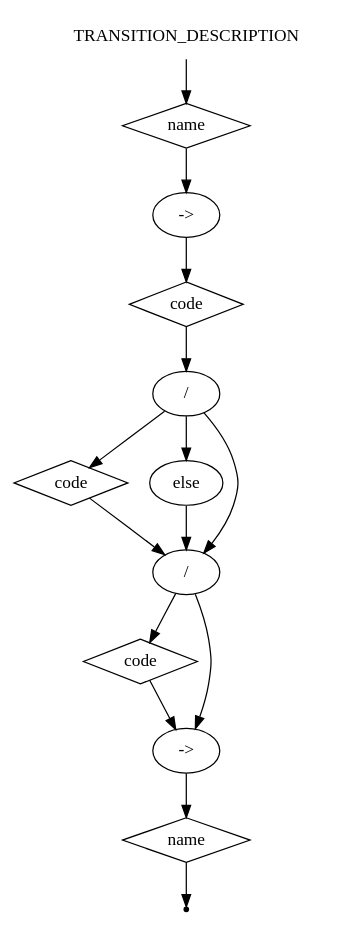
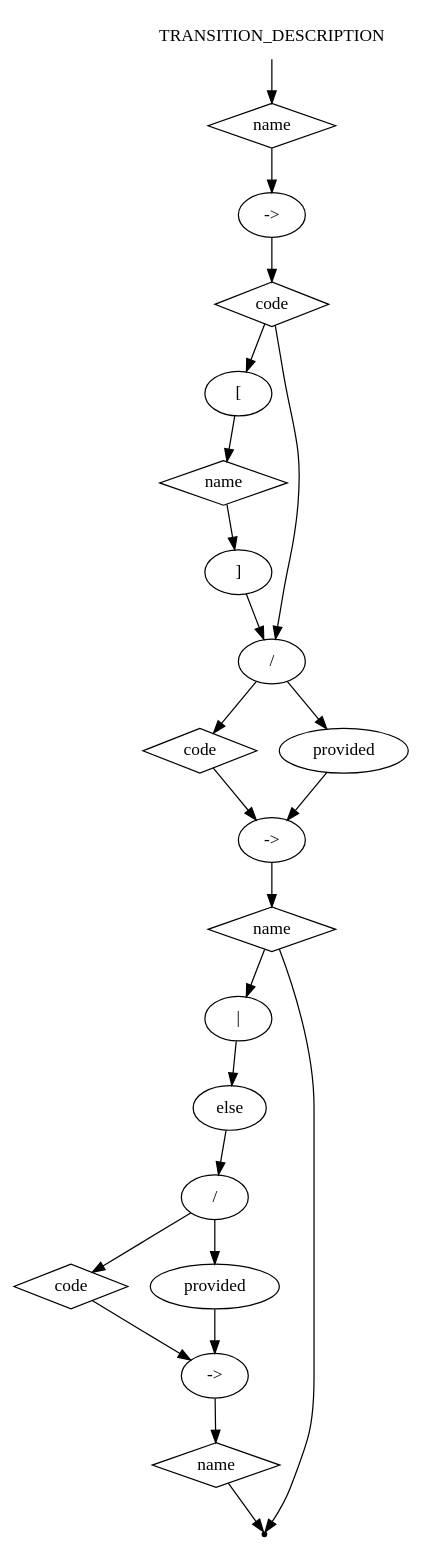
One commit to Samirox66/ciao changed the diagram in ciao_gv/transition_description.gv. Above: the diagram before and after it, drawn with Graphviz. The commit also changed 4 other files, not shown here.

```diff
--- a/ciao_gv/transition_description.gv
+++ b/ciao_gv/transition_description.gv
@@ -1,28 +1,61 @@
 digraph TRANSITION_DESCRIPTION {
 start [label=TRANSITION_DESCRIPTION shape=plaintext]
 A [label=name shape=diamond]
 B [label="->" shape=oval]
 C [label=code shape=diamond]
-D [label="/" shape=oval]
-E [label=code shape=diamond]
-F [label=else shape=oval]
+
+D [label="[" shape=oval]
+E [label=name shape=diamond]
+F [label="]" shape=oval]
+
 G [label="/" shape=oval]
-H [label=code shape=diamond]
-I [label="->" shape=oval]
-J [label=name shape=diamond]
+H  [label=code shape=diamond]
+J [label="provided" shape=oval]
+
+K [label="->" shape=oval]
+L [label=name shape=diamond]
+
+P  [label="|" shape=oval]
+M  [label="else" shape=oval]
+N [label="/" shape=oval]
+T  [label=code shape=diamond]
+R [label="provided" shape=oval]
+
+S [label="->" shape=oval]
+Q [label=name shape=diamond]
+
 end [label="" shape=point]
+
 start -> A
 A -> B
 B -> C
+
+C -> G
 C -> D
-D -> E
-D -> F
-D -> G
-E -> G
+
+D -> E 
+E -> F 
 F -> G
+
 G -> H
-H -> I
-G -> I
-I -> J
-J -> end
+G -> J
+
+H -> K
+J -> K
+K -> L
+L -> end
+
+L -> P 
+P -> M
+M -> N
+
+N -> T 
+N -> R
+
+T -> S 
+R -> S 
+S -> Q
+
+Q -> end
+
 }
```
